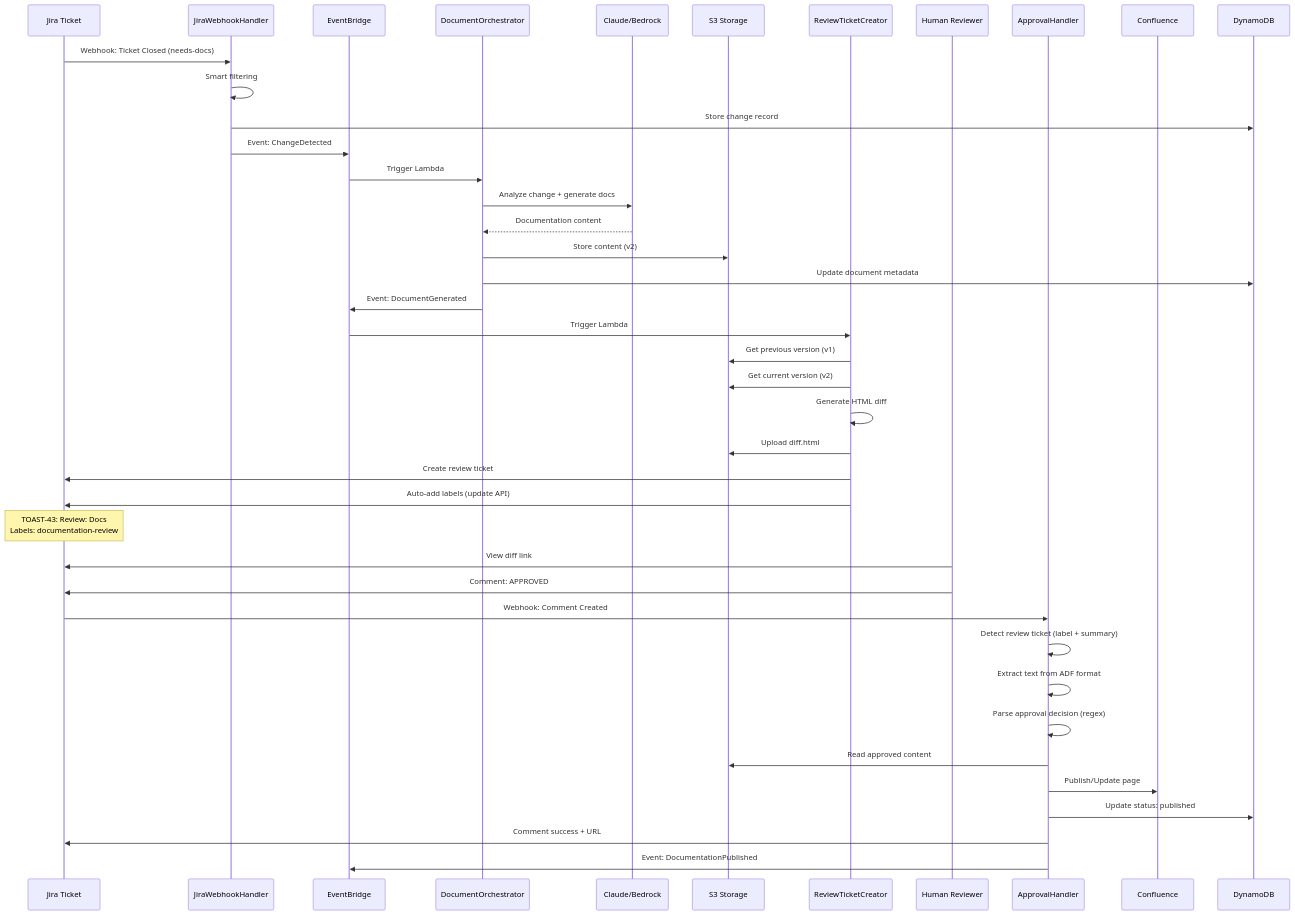
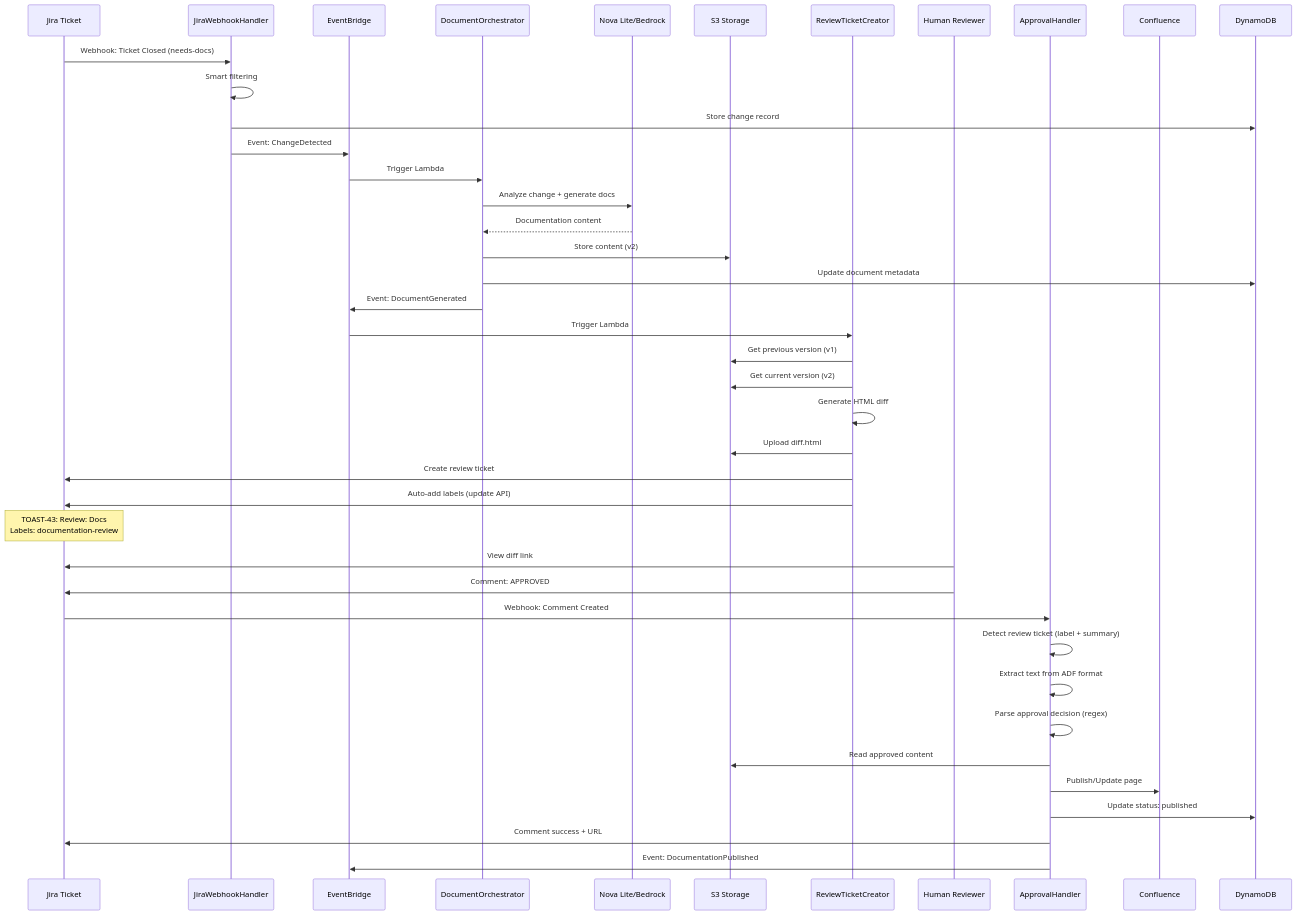
One commit to jaredgiosinuff/kinexus-ai changed the second of 3 diagrams in docs/architecture.md. Above: the diagram before and after it, drawn with Mermaid. The commit also changed other lines of this file and 4 other files, not shown here.

First line of the commit message:
docs: Correct all AI model references from Claude to Amazon Nova Lite

````diff
--- a/docs/architecture.md
+++ b/docs/architecture.md
@@ -156,47 +156,47 @@
 ```mermaid
 sequenceDiagram
     participant Jira as Jira Ticket
     participant WH as JiraWebhookHandler
     participant EB as EventBridge
     participant Orch as DocumentOrchestrator
-    participant Bedrock as Claude/Bedrock
+    participant Bedrock as Nova Lite/Bedrock
     participant S3 as S3 Storage
     participant Rev as ReviewTicketCreator
     participant Human as Human Reviewer
     participant App as ApprovalHandler
     participant Conf as Confluence
 
     Jira->>WH: Webhook: Ticket Closed (needs-docs)
     WH->>WH: Smart filtering
     WH->>DynamoDB: Store change record
     WH->>EB: Event: ChangeDetected
     EB->>Orch: Trigger Lambda
 
     Orch->>Bedrock: Analyze change + generate docs
     Bedrock-->>Orch: Documentation content
     Orch->>S3: Store content (v2)
     Orch->>DynamoDB: Update document metadata
     Orch->>EB: Event: DocumentGenerated
 
     EB->>Rev: Trigger Lambda
     Rev->>S3: Get previous version (v1)
     Rev->>S3: Get current version (v2)
     Rev->>Rev: Generate HTML diff
     Rev->>S3: Upload diff.html
     Rev->>Jira: Create review ticket
     Rev->>Jira: Auto-add labels (update API)
     Note over Jira: TOAST-43: Review: Docs<br/>Labels: documentation-review
 
     Human->>Jira: View diff link
     Human->>Jira: Comment: APPROVED
 
     Jira->>App: Webhook: Comment Created
     App->>App: Detect review ticket (label + summary)
     App->>App: Extract text from ADF format
     App->>App: Parse approval decision (regex)
     App->>S3: Read approved content
     App->>Conf: Publish/Update page
     App->>DynamoDB: Update status: published
     App->>Jira: Comment success + URL
     App->>EB: Event: DocumentationPublished
 ```
````
